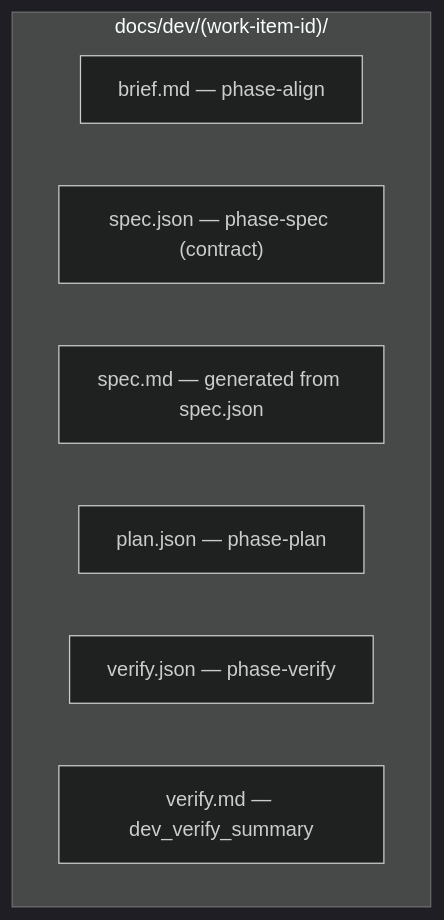
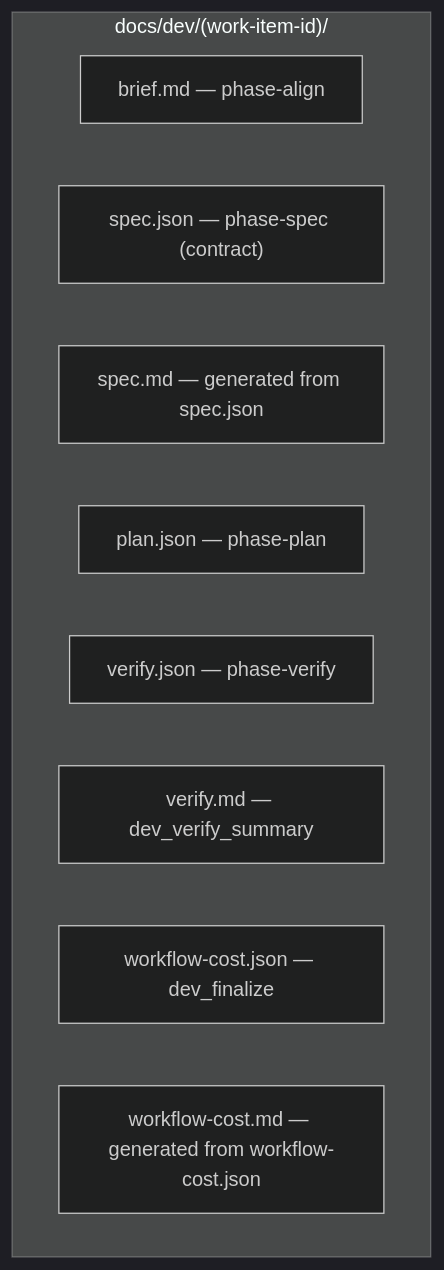
One commit to cshirley/accord changed the first of 2 diagrams in docs/artifacts.md. Above: the diagram before and after it, drawn with Mermaid (dark theme). The commit also changed other lines of this file and 12 other files, not shown here.

First line of the commit message:
[REFACTOR] Persist workflow cost artifacts at finalize

````diff
--- a/docs/artifacts.md
+++ b/docs/artifacts.md
@@ -7,11 +7,13 @@
 ```mermaid
 flowchart TB
   subgraph dev["docs/dev/(work-item-id)/"]
     brief["brief.md — phase-align"]
     spec["spec.json — phase-spec (contract)"]
     specmd["spec.md — generated from spec.json"]
     plan["plan.json — phase-plan"]
     vjson["verify.json — phase-verify"]
     vmd["verify.md — dev_verify_summary"]
+    wcjson["workflow-cost.json — dev_finalize"]
+    wcmd["workflow-cost.md — generated from workflow-cost.json"]
   end
 ```
````
